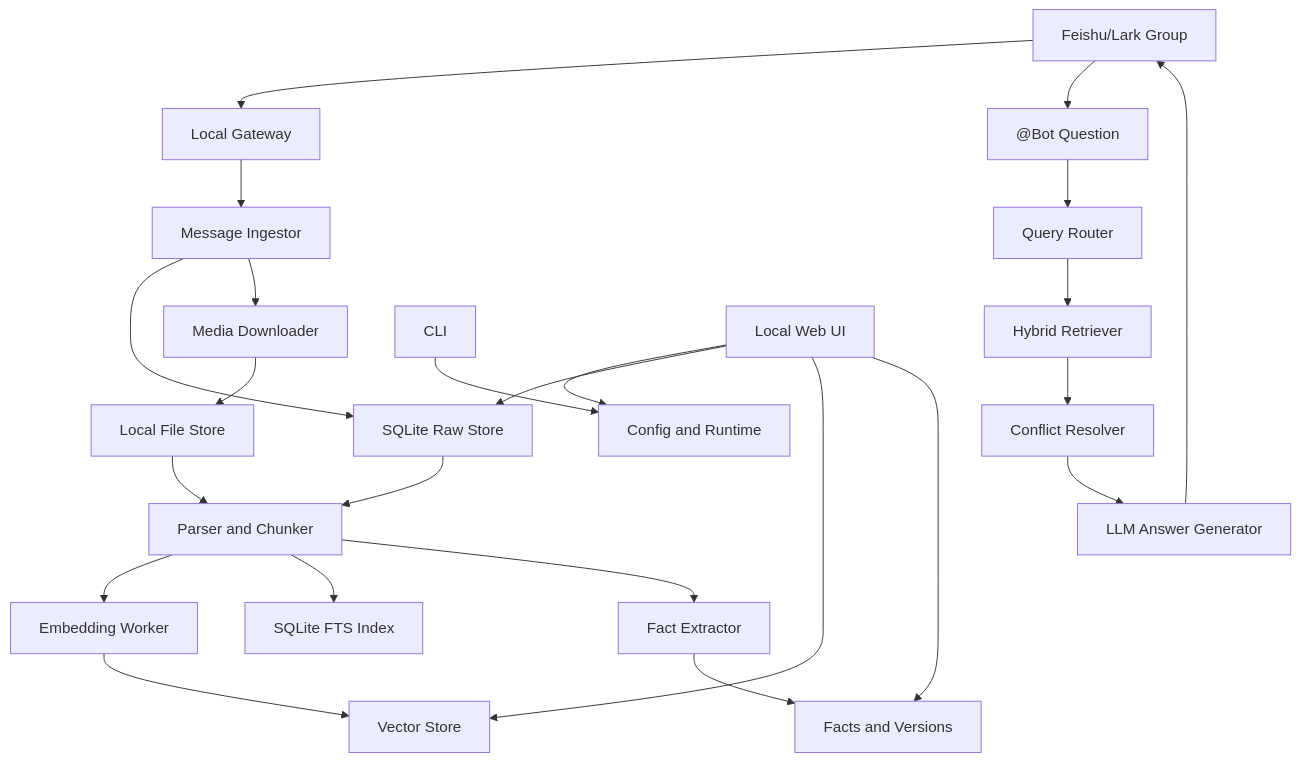
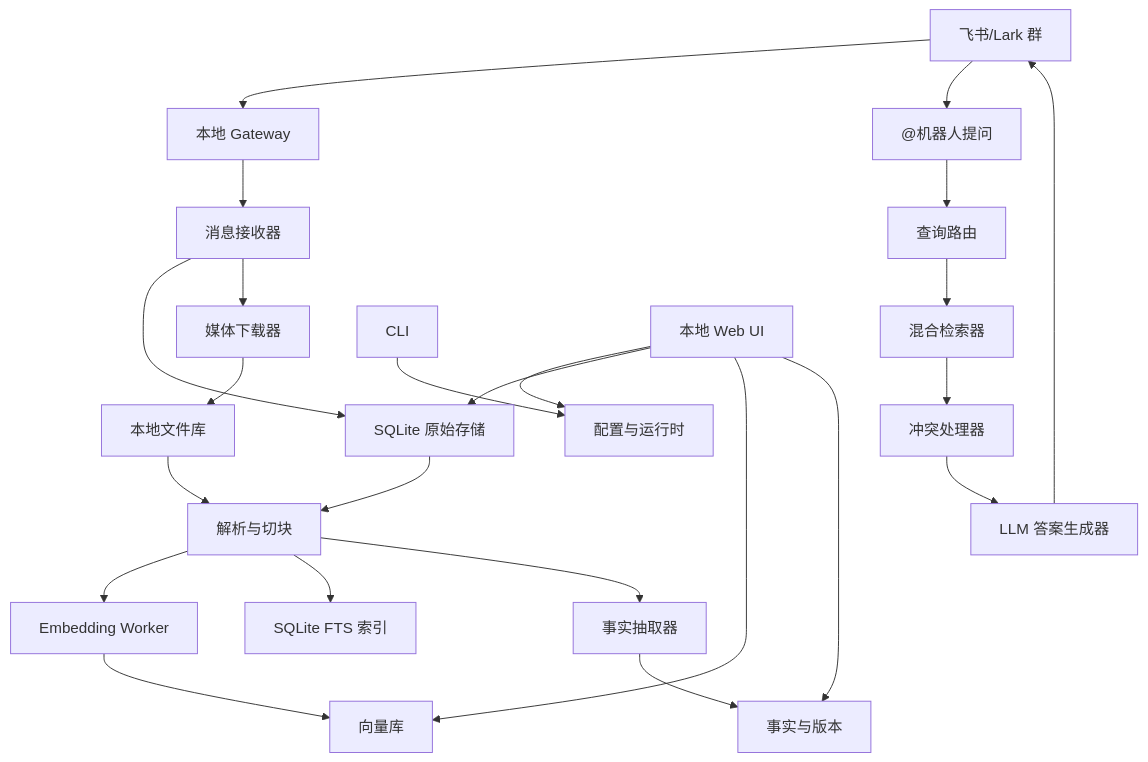
The diagram in docs/TECHNICAL_ARCHITECTURE.md (FlashingChen2024/chattercatcher), drawn with Mermaid before and after one commit. The commit also changed other lines of this file and 3 other files, not shown here.

````diff
--- a/docs/TECHNICAL_ARCHITECTURE.md
+++ b/docs/TECHNICAL_ARCHITECTURE.md
@@ -5,28 +5,28 @@
 ```mermaid
 flowchart TD
-  A["Feishu/Lark Group"] --> B["Local Gateway"]
-  B --> C["Message Ingestor"]
-  C --> D["SQLite Raw Store"]
-  C --> E["Media Downloader"]
-  E --> F["Local File Store"]
-  D --> G["Parser and Chunker"]
+  A["飞书/Lark 群"] --> B["本地 Gateway"]
+  B --> C["消息接收器"]
+  C --> D["SQLite 原始存储"]
+  C --> E["媒体下载器"]
+  E --> F["本地文件库"]
+  D --> G["解析与切块"]
   F --> G
   G --> H["Embedding Worker"]
-  H --> I["Vector Store"]
-  G --> J["SQLite FTS Index"]
-  G --> K["Fact Extractor"]
-  K --> L["Facts and Versions"]
+  H --> I["向量库"]
+  G --> J["SQLite FTS 索引"]
+  G --> K["事实抽取器"]
+  K --> L["事实与版本"]
 
-  A --> M["@Bot Question"]
-  M --> N["Query Router"]
-  N --> O["Hybrid Retriever"]
-  O --> P["Conflict Resolver"]
-  P --> Q["LLM Answer Generator"]
+  A --> M["@机器人提问"]
+  M --> N["查询路由"]
+  N --> O["混合检索器"]
+  O --> P["冲突处理器"]
+  P --> Q["LLM 答案生成器"]
   Q --> A
 
-  R["CLI"] --> S["Config and Runtime"]
-  T["Local Web UI"] --> S
+  R["CLI"] --> S["配置与运行时"]
+  T["本地 Web UI"] --> S
   T --> D
   T --> I
   T --> L
 ```
````
